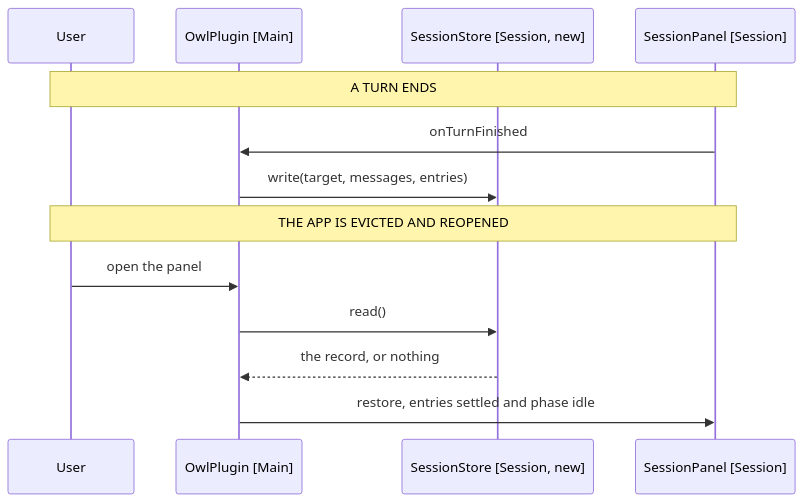
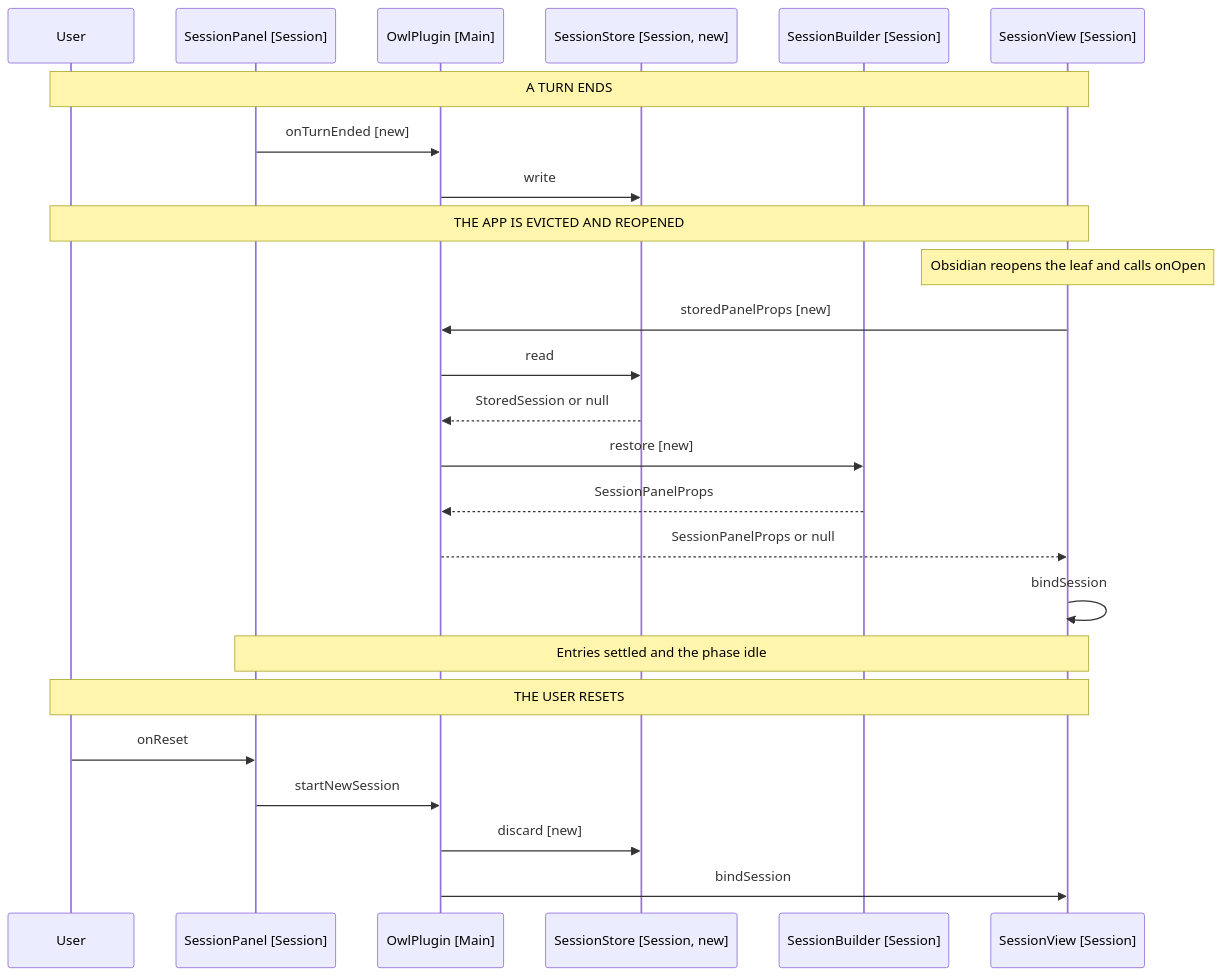
Before and after one commit to iparips/obsidian-owl: the third of 3 diagrams in docs/spec/22-session-persistence/3-component-design.md, drawn with Mermaid. The commit also changed other lines of this file and 40 other files, not shown here.

````diff
--- a/docs/spec/22-session-persistence/3-component-design.md
+++ b/docs/spec/22-session-persistence/3-component-design.md
@@ -137,17 +388,30 @@
 ```mermaid
 sequenceDiagram
     participant User
+    participant Panel as SessionPanel [Session]
     participant Plugin as OwlPlugin [Main]
     participant Store as SessionStore [Session, new]
-    participant Panel as SessionPanel [Session]
+    participant Builder as SessionBuilder [Session]
+    participant View as SessionView [Session]
 
-    Note over User,Panel: A TURN ENDS
-    Panel->>Plugin: onTurnFinished
-    Plugin->>Store: write(target, messages, entries)
+    Note over User,View: A TURN ENDS
+    Panel->>Plugin: onTurnEnded [new]
+    Plugin->>Store: write
 
-    Note over User,Panel: THE APP IS EVICTED AND REOPENED
-    User->>Plugin: open the panel
-    Plugin->>Store: read()
-    Store-->>Plugin: the record, or nothing
-    Plugin->>Panel: restore, entries settled and phase idle
+    Note over User,View: THE APP IS EVICTED AND REOPENED
+    Note over View: Obsidian reopens the leaf and calls onOpen
+    View->>Plugin: storedPanelProps [new]
+    Plugin->>Store: read
+    Store-->>Plugin: StoredSession or null
+    Plugin->>Builder: restore [new]
+    Builder-->>Plugin: SessionPanelProps
+    Plugin-->>View: SessionPanelProps or null
+    View->>View: bindSession
+    Note over View,Panel: Entries settled and the phase idle
+
+    Note over User,View: THE USER RESETS
+    User->>Panel: onReset
+    Panel->>Plugin: startNewSession
+    Plugin->>Store: discard [new]
+    Plugin->>View: bindSession
 ```
````
